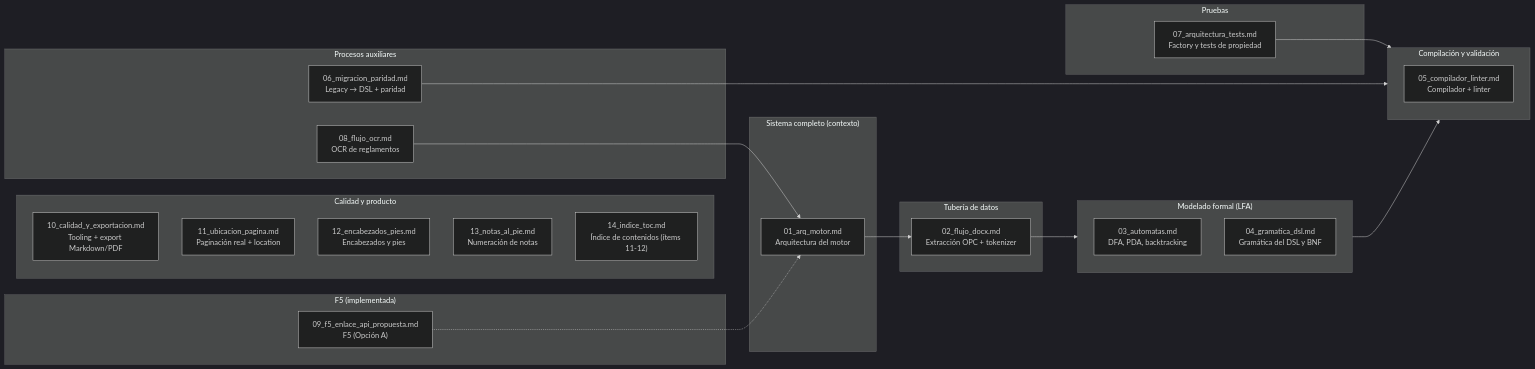
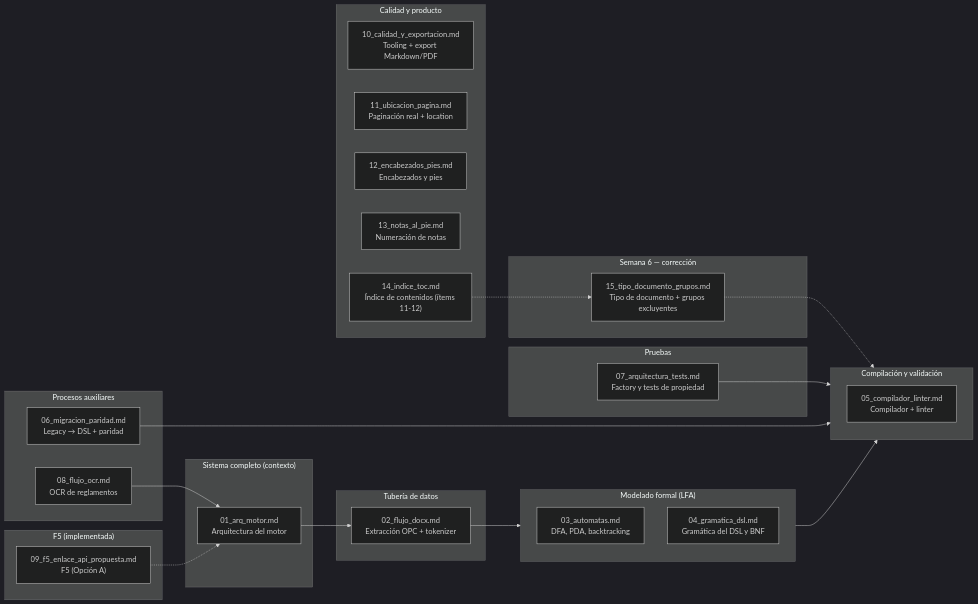
One commit to IvanSanchezSil/vistobueno changed the first of 2 diagrams in docs/diseno/00_indice_diseno.md. Above: the diagram before and after it, drawn with Mermaid (dark theme). The commit also changed other lines of this file and 2 other files, not shown here.

````diff
--- a/docs/diseno/00_indice_diseno.md
+++ b/docs/diseno/00_indice_diseno.md
@@ -32,48 +34,54 @@
 ```mermaid
 flowchart LR
     subgraph CONTEXTO["Sistema completo (contexto)"]
         A["01_arq_motor.md<br/>Arquitectura del motor"]
     end
 
     subgraph TUBERIA["Tubería de datos"]
         B["02_flujo_docx.md<br/>Extracción OPC + tokenizer"]
     end
 
     subgraph FORMAL["Modelado formal (LFA)"]
         C["03_automatas.md<br/>DFA, PDA, backtracking"]
         D["04_gramatica_dsl.md<br/>Gramática del DSL y BNF"]
     end
 
     subgraph COMPILACION["Compilación y validación"]
         E["05_compilador_linter.md<br/>Compilador + linter"]
     end
 
     subgraph PROCESOS["Procesos auxiliares"]
         F["06_migracion_paridad.md<br/>Legacy → DSL + paridad"]
         G["08_flujo_ocr.md<br/>OCR de reglamentos"]
     end
 
     subgraph PRUEBAS["Pruebas"]
         H["07_arquitectura_tests.md<br/>Factory y tests de propiedad"]
     end
 
     subgraph CALIDAD["Calidad y producto"]
         J["10_calidad_y_exportacion.md<br/>Tooling + export Markdown/PDF"]
         K["11_ubicacion_pagina.md<br/>Paginación real + location"]
         L["12_encabezados_pies.md<br/>Encabezados y pies"]
         M["13_notas_al_pie.md<br/>Numeración de notas"]
         N["14_indice_toc.md<br/>Índice de contenidos (ítems 11-12)"]
     end
 
+    subgraph SEMANA6["Semana 6 — corrección"]
+        O["15_tipo_documento_grupos.md<br/>Tipo de documento + grupos excluyentes"]
+    end
+
     subgraph FUTURO["F5 (implementada)"]
         I["09_f5_enlace_api_propuesta.md<br/>F5 (Opción A)"]
     end
 
     A --> B
     B --> FORMAL
     FORMAL --> COMPILACION
     F --> COMPILACION
     H --> COMPILACION
     G --> A
     I -.-> A
+    N -.-> O
+    O -.-> COMPILACION
 ```
````
